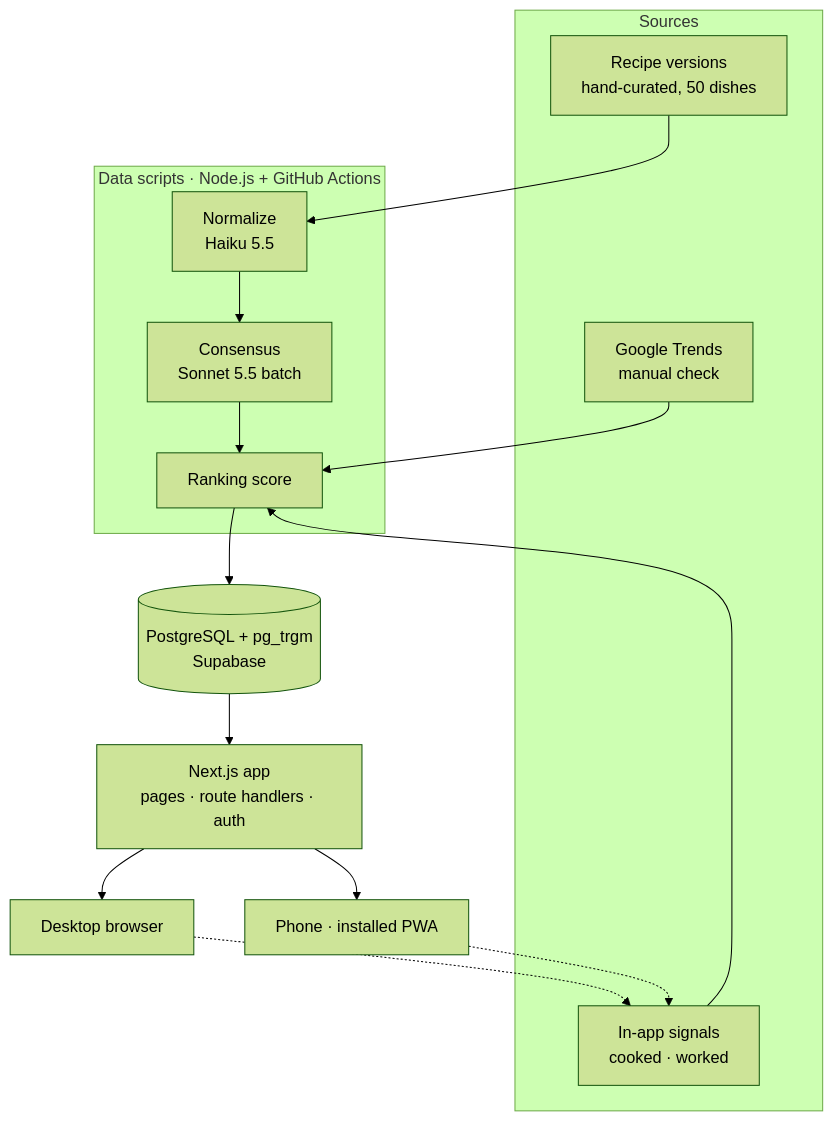
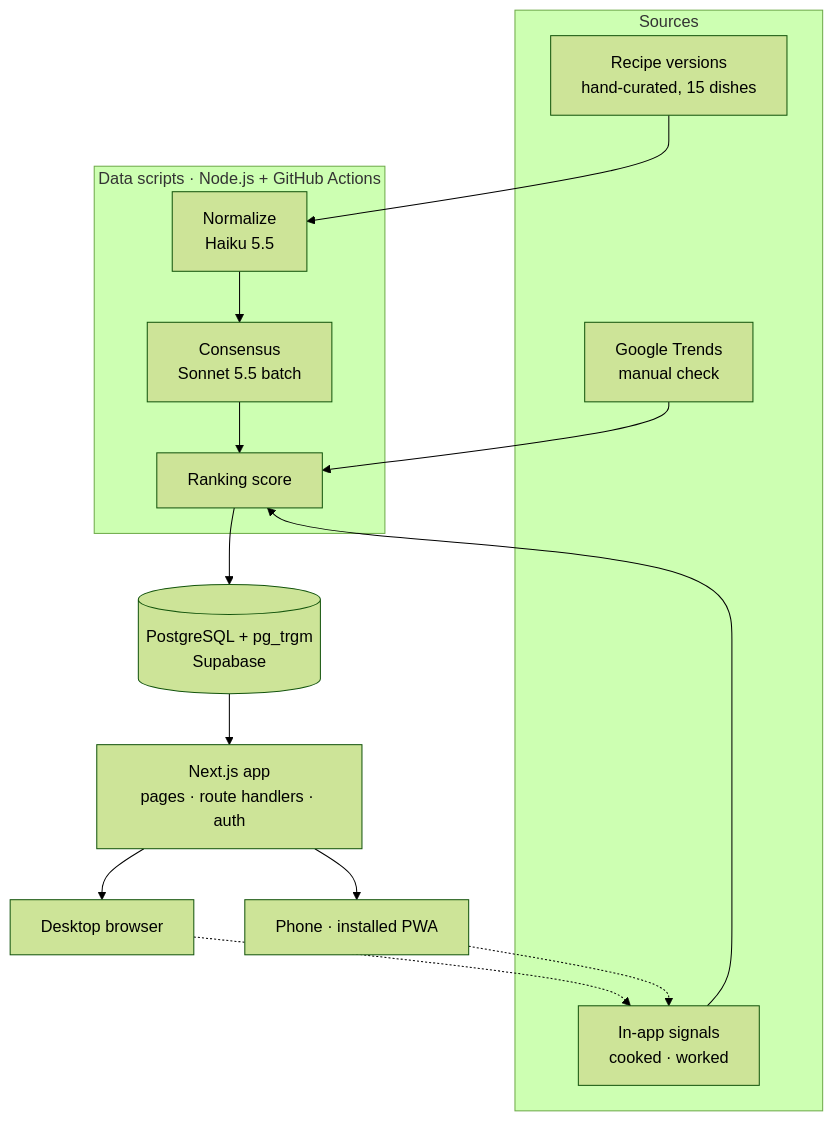
The second of 2 diagrams in README.md (Sofrana/Sofrana), drawn with Mermaid (forest theme) before and after one commit. The commit also changed other lines of this file and 5 other files, not shown here.

````diff
--- a/README.md
+++ b/README.md
@@ -105,20 +105,20 @@
 ```mermaid
 flowchart TB
     subgraph Sources
-        V[Recipe versions<br/>hand-curated, 50 dishes]
+        V[Recipe versions<br/>hand-curated, 15 dishes]
         T[Google Trends<br/>manual check]
         S[In-app signals<br/>cooked · worked]
     end
     subgraph Pipeline [Data scripts · Node.js + GitHub Actions]
         N[Normalize<br/>Haiku 5.5] --> C[Consensus<br/>Sonnet 5.5 batch] --> R[Ranking score]
     end
     V --> N
     T --> R
     S --> R
     R --> DB[(PostgreSQL + pg_trgm<br/>Supabase)]
     DB --> APP[Next.js app<br/>pages · route handlers · auth]
     APP --> D[Desktop browser]
     APP --> P[Phone · installed PWA]
     D -.-> S
     P -.-> S
 ```
````
